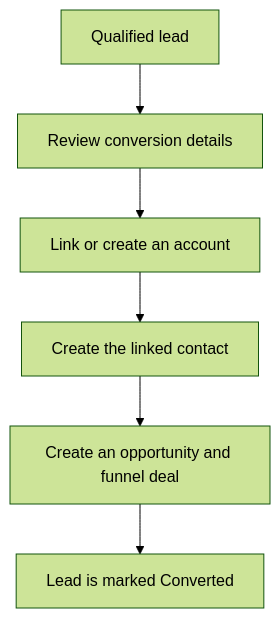
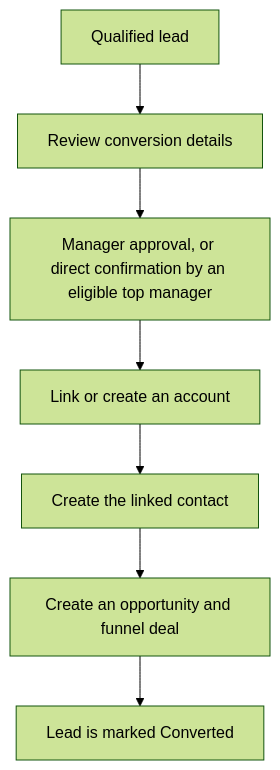
Before and after one commit to Super-ERP/crm-v2: the second of 2 diagrams in docs/gitbook-documentation/02-leads-management.md, drawn with Mermaid (forest theme). The commit also changed other lines of this file and 47 other files, not shown here.

````diff
--- a/docs/gitbook-documentation/02-leads-management.md
+++ b/docs/gitbook-documentation/02-leads-management.md
@@ -124,8 +124,9 @@
 ```mermaid
 flowchart TD
     L["Qualified lead"] --> R["Review conversion details"]
-    R --> A["Link or create an account"]
+    R --> P["Manager approval, or direct confirmation by an eligible top manager"]
+    P --> A["Link or create an account"]
     A --> C["Create the linked contact"]
     C --> O["Create an opportunity and funnel deal"]
     O --> D["Lead is marked Converted"]
 ```
````
